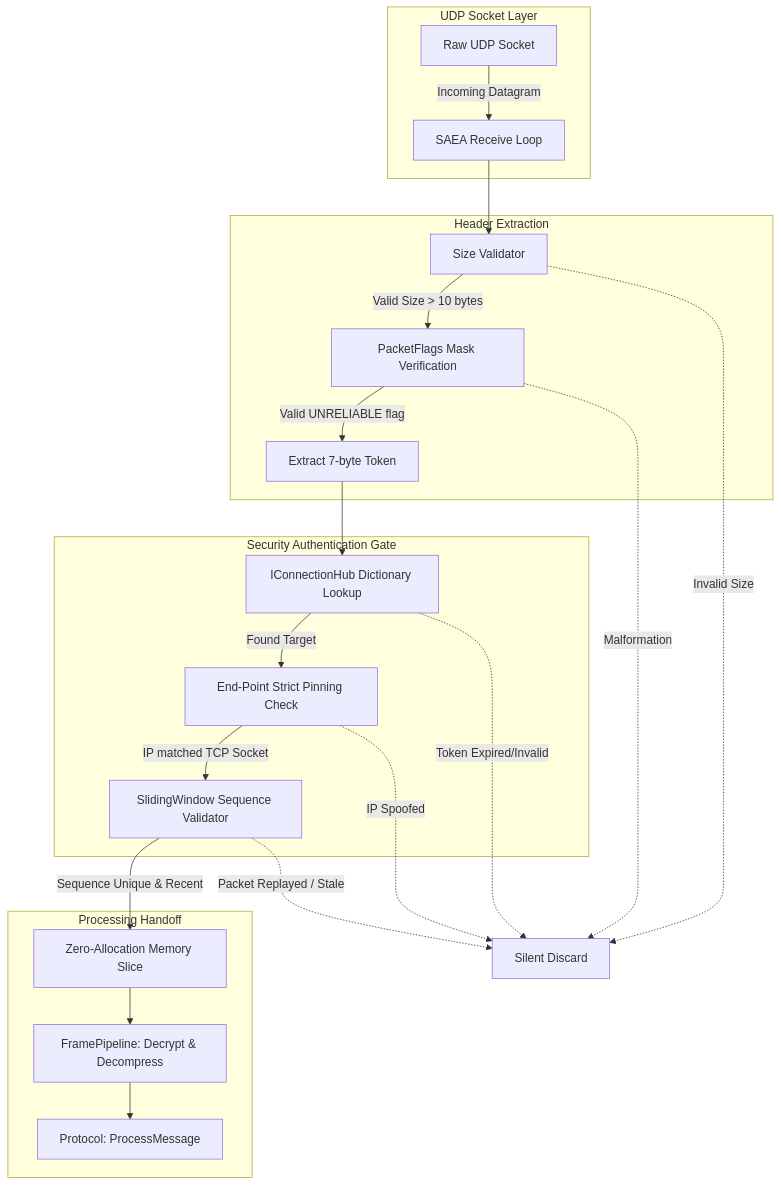
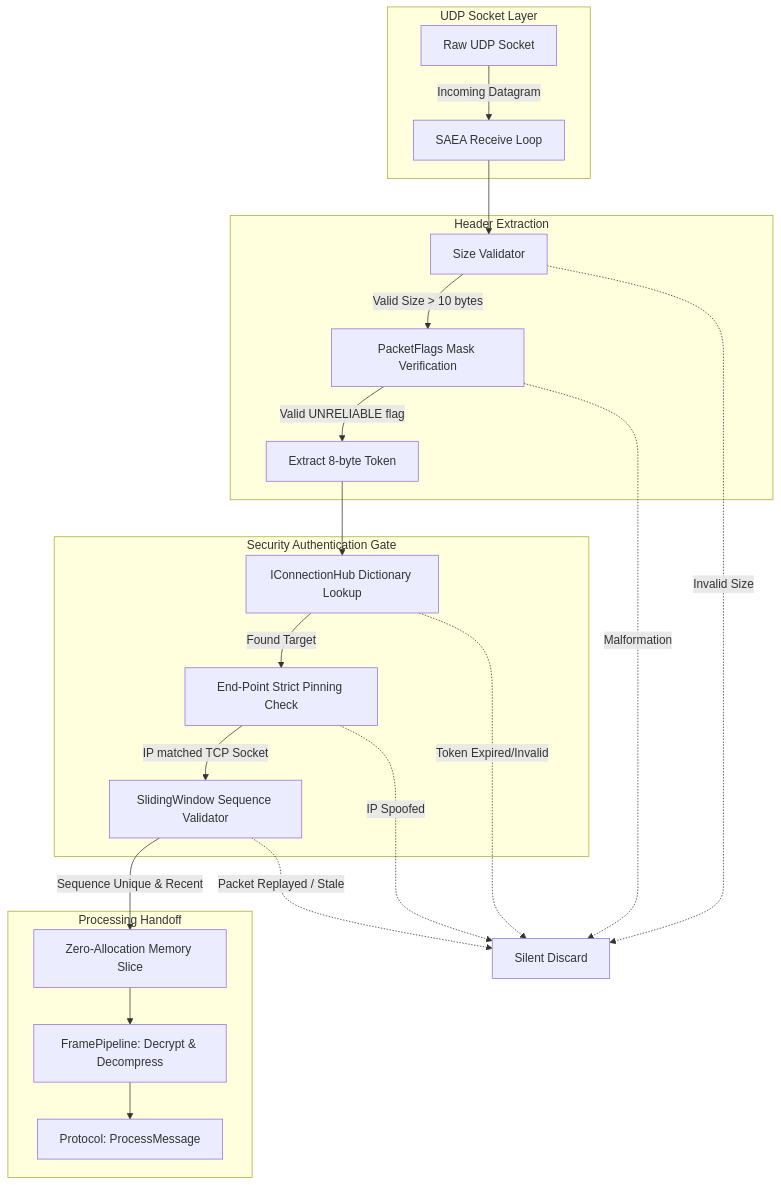
The diagram in docs/api/network/udp-listener.md (ppn-systems/Nalix), drawn with Mermaid before and after one commit. The commit also changed other lines of this file and 1038 other files, not shown here.

````diff
--- a/docs/api/network/udp-listener.md
+++ b/docs/api/network/udp-listener.md
@@ -14,48 +14,48 @@
 ```mermaid
 flowchart TD
     subgraph Transport[UDP Socket Layer]
         Raw[Raw UDP Socket]
         Loop[SAEA Receive Loop]
     end
 
     subgraph Extraction[Header Extraction]
         SizeCheck[Size Validator]
         FlagCheck[PacketFlags Mask Verification]
-        Token[Extract 7-byte Token]
+        Token[Extract 8-byte Token]
     end
 
     subgraph Security[Security Authentication Gate]
         HubLookup[IConnectionHub Dictionary Lookup]
         IPPinning[End-Point Strict Pinning Check]
         SlidingWindow[SlidingWindow Sequence Validator]
     end
 
     subgraph Handoff[Processing Handoff]
         Slice[Zero-Allocation Memory Slice]
         Pipeline[FramePipeline: Decrypt & Decompress]
         AppHandoff[Protocol: ProcessMessage]
     end
 
     Raw -->|Incoming Datagram| Loop
     Loop --> SizeCheck
     
     SizeCheck -->|Valid Size > 10 bytes| FlagCheck
     SizeCheck -.->|Invalid Size| Drop[Silent Discard]
     
     FlagCheck -->|Valid UNRELIABLE flag| Token
     FlagCheck -.->|Malformation| Drop
     
     Token --> HubLookup
     HubLookup -->|Found Target| IPPinning
     HubLookup -.->|Token Expired/Invalid| Drop
     
     IPPinning -->|IP matched TCP Socket| SlidingWindow
     IPPinning -.->|IP Spoofed| Drop
     
     SlidingWindow -->|Sequence Unique & Recent| Slice
     SlidingWindow -.->|Packet Replayed / Stale| Drop
     
     Slice --> Pipeline
     Pipeline --> AppHandoff
 
 ```
````
